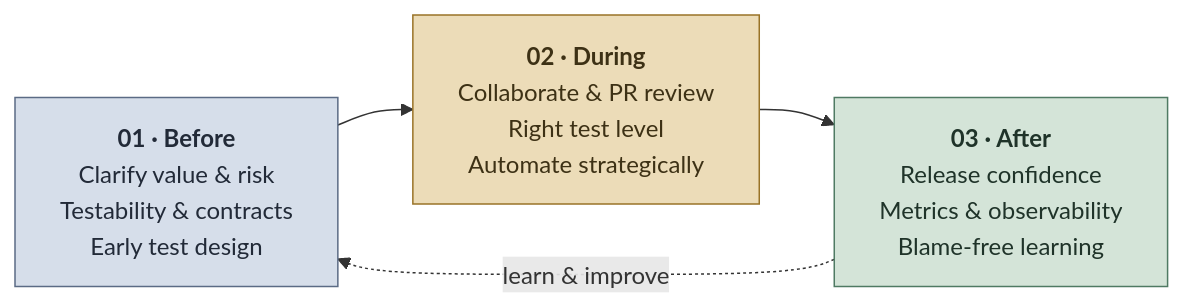
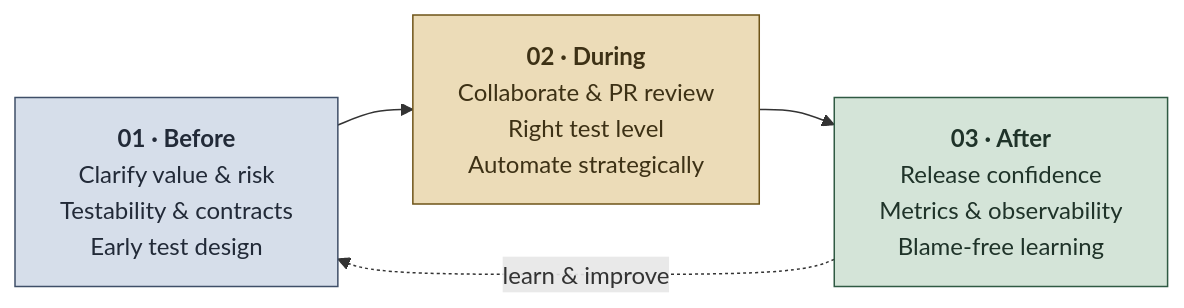
Before and after one commit to paulamarcondes/QA_Playbook: the first of 2 diagrams in README.md, drawn with Mermaid. The commit also changed other lines of this file and 11 other files, not shown here.

First line of the commit message:
Polish playbook: QA 5.0, AI usage guide, diagrams, examples, consistency

````diff
--- a/README.md
+++ b/README.md
@@ -13,14 +13,14 @@
 ```mermaid
 flowchart LR
     A["<b>01 · Before</b><br/>Clarify value &amp; risk<br/>Testability &amp; contracts<br/>Early test design"]
     B["<b>02 · During</b><br/>Collaborate &amp; PR review<br/>Right test level<br/>Automate strategically"]
     C["<b>03 · After</b><br/>Release confidence<br/>Metrics &amp; observability<br/>Blame-free learning"]
     A --> B --> C
     C -. "learn &amp; improve" .-> A
-    classDef before fill:#d6deea,stroke:#5b6b85,color:#222a38;
-    classDef during fill:#ecdcb8,stroke:#997327,color:#3d3115;
-    classDef after  fill:#d4e4d8,stroke:#4f7a63,color:#1f3329;
+    classDef before fill:#d6deea,stroke:#3f4f68,color:#222a38;
+    classDef during fill:#ecdcb8,stroke:#6e5418,color:#3d3115;
+    classDef after  fill:#d4e4d8,stroke:#2f5a43,color:#1f3329;
     class A before
     class B during
     class C after
 ```
````
